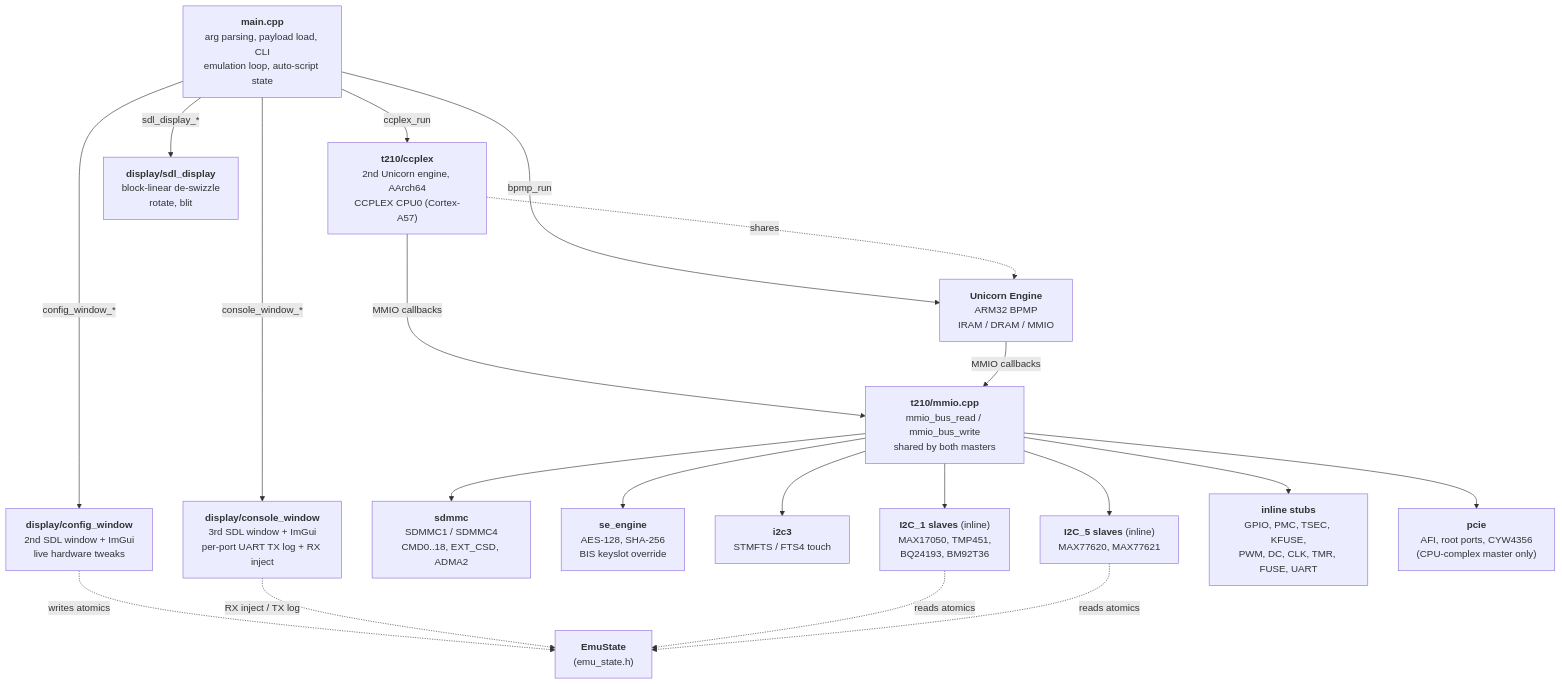
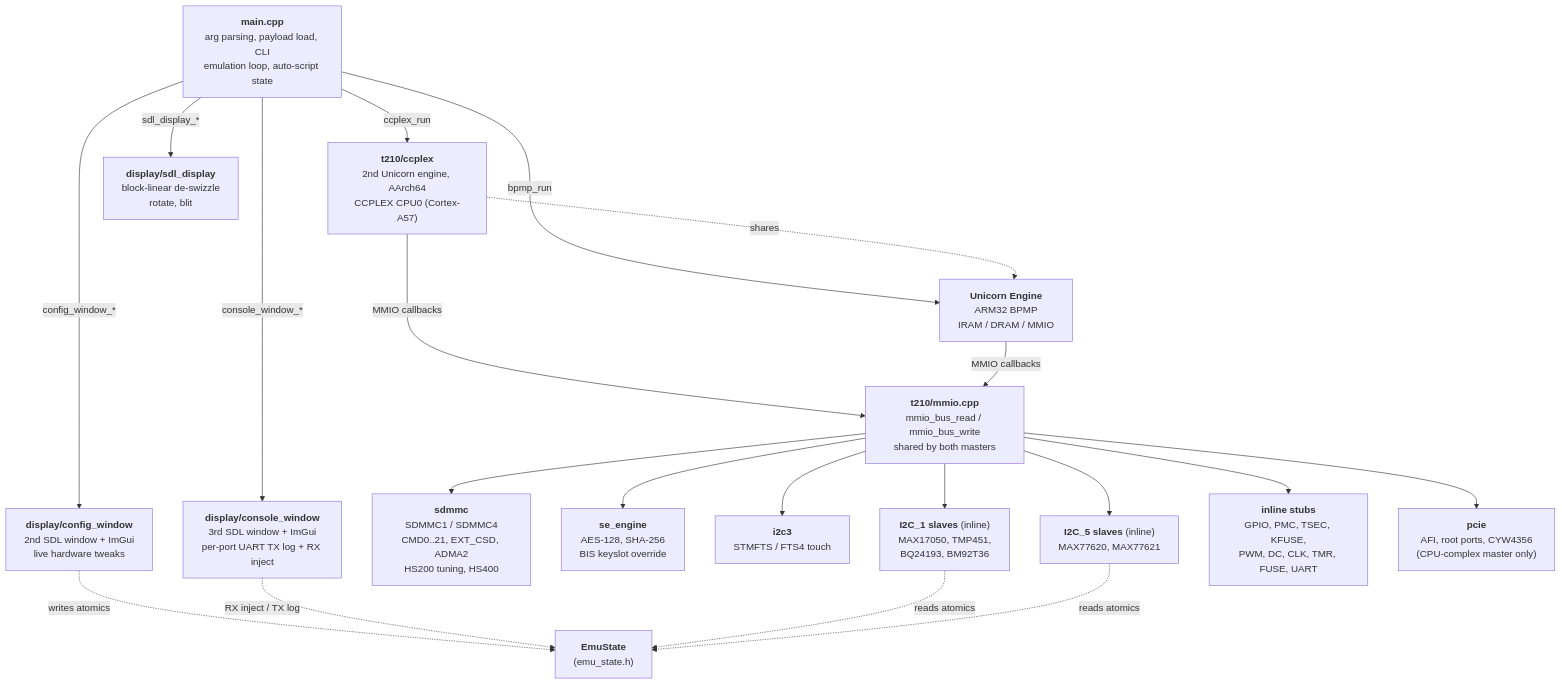
The diagram in DESIGN.md (Creased/RCM-Emulator), drawn with Mermaid before and after one commit. The commit also changed other lines of this file and 2 other files, not shown here.

````diff
--- a/DESIGN.md
+++ b/DESIGN.md
@@ -9,27 +9,27 @@
 ```mermaid
 flowchart TB
     main["<b>main.cpp</b><br/>arg parsing, payload load, CLI<br/>emulation loop, auto-script state"]
 
     main -->|bpmp_run| uc["<b>Unicorn Engine</b><br/>ARM32 BPMP<br/>IRAM / DRAM / MMIO"]
     main -->|ccplex_run| a57["<b>t210/ccplex</b><br/>2nd Unicorn engine, AArch64<br/>CCPLEX CPU0 (Cortex-A57)"]
     a57 -->|MMIO callbacks| mmio
     a57 -.->|shares| uc
     main -->|sdl_display_*| sdl["<b>display/sdl_display</b><br/>block-linear de-swizzle<br/>rotate, blit"]
     main -->|config_window_*| cfg["<b>display/config_window</b><br/>2nd SDL window + ImGui<br/>live hardware tweaks"]
     main -->|console_window_*| con["<b>display/console_window</b><br/>3rd SDL window + ImGui<br/>per-port UART TX log + RX inject"]
 
     uc -->|MMIO callbacks| mmio["<b>t210/mmio.cpp</b><br/>mmio_bus_read / mmio_bus_write<br/>shared by both masters"]
 
-    mmio --> sdmmc["<b>sdmmc</b><br/>SDMMC1 / SDMMC4<br/>CMD0..18, EXT_CSD, ADMA2"]
+    mmio --> sdmmc["<b>sdmmc</b><br/>SDMMC1 / SDMMC4<br/>CMD0..21, EXT_CSD, ADMA2<br/>HS200 tuning, HS400"]
     mmio --> se["<b>se_engine</b><br/>AES-128, SHA-256<br/>BIS keyslot override"]
     mmio --> i2c["<b>i2c3</b><br/>STMFTS / FTS4 touch"]
     mmio --> i2c1["<b>I2C_1 slaves</b> (inline)<br/>MAX17050, TMP451,<br/>BQ24193, BM92T36"]
     mmio --> i2c5["<b>I2C_5 slaves</b> (inline)<br/>MAX77620, MAX77621"]
     mmio --> stubs["<b>inline stubs</b><br/>GPIO, PMC, TSEC, KFUSE,<br/>PWM, DC, CLK, TMR, FUSE, UART"]
     mmio --> pcie["<b>pcie</b><br/>AFI, root ports, CYW4356<br/>(CPU-complex master only)"]
 
     cfg -.->|writes atomics| state["<b>EmuState</b><br/>(emu_state.h)"]
     con -.->|RX inject / TX log| state
     i2c1 -.->|reads atomics| state
     i2c5 -.->|reads atomics| state
 ```
````
